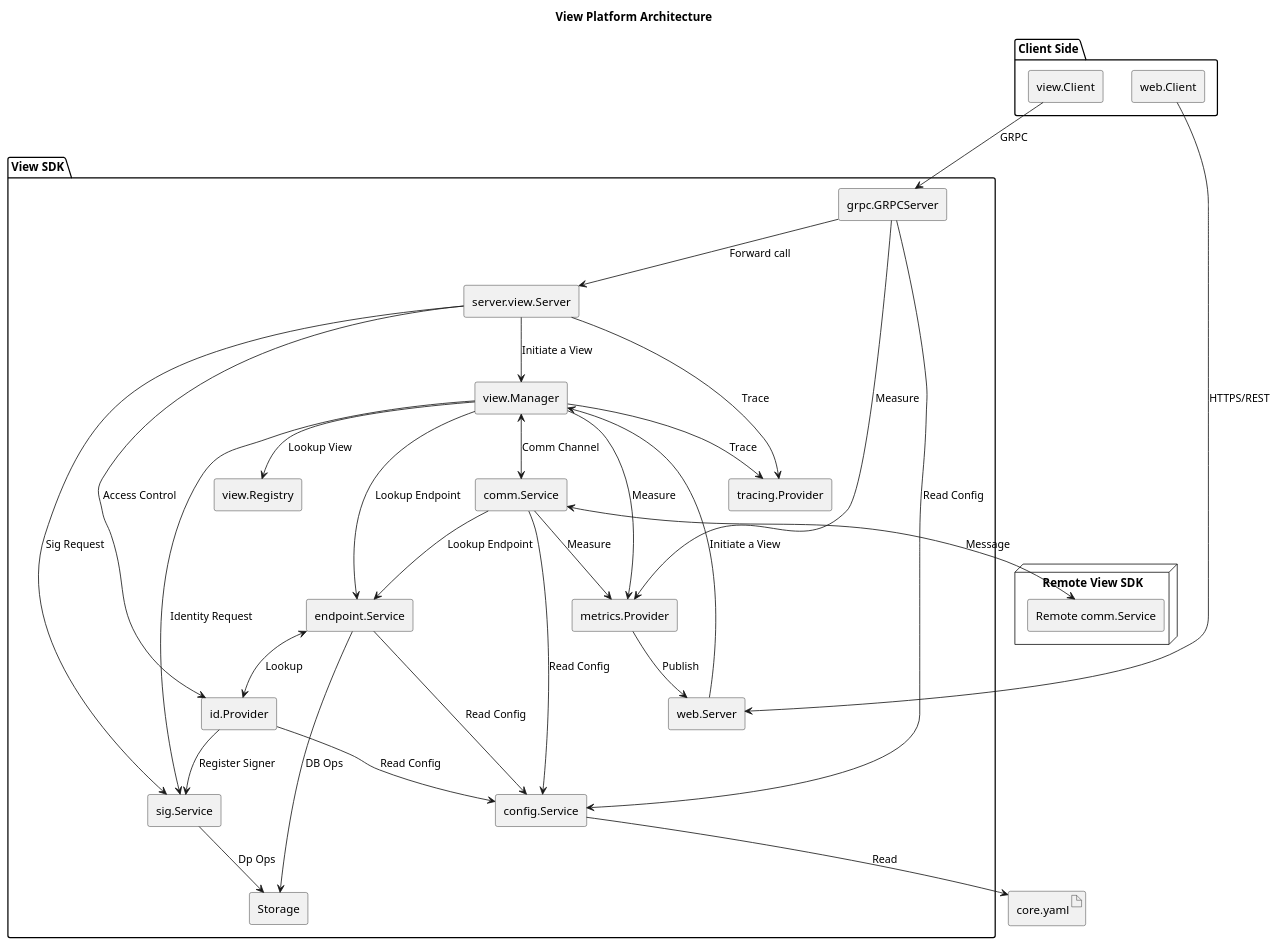
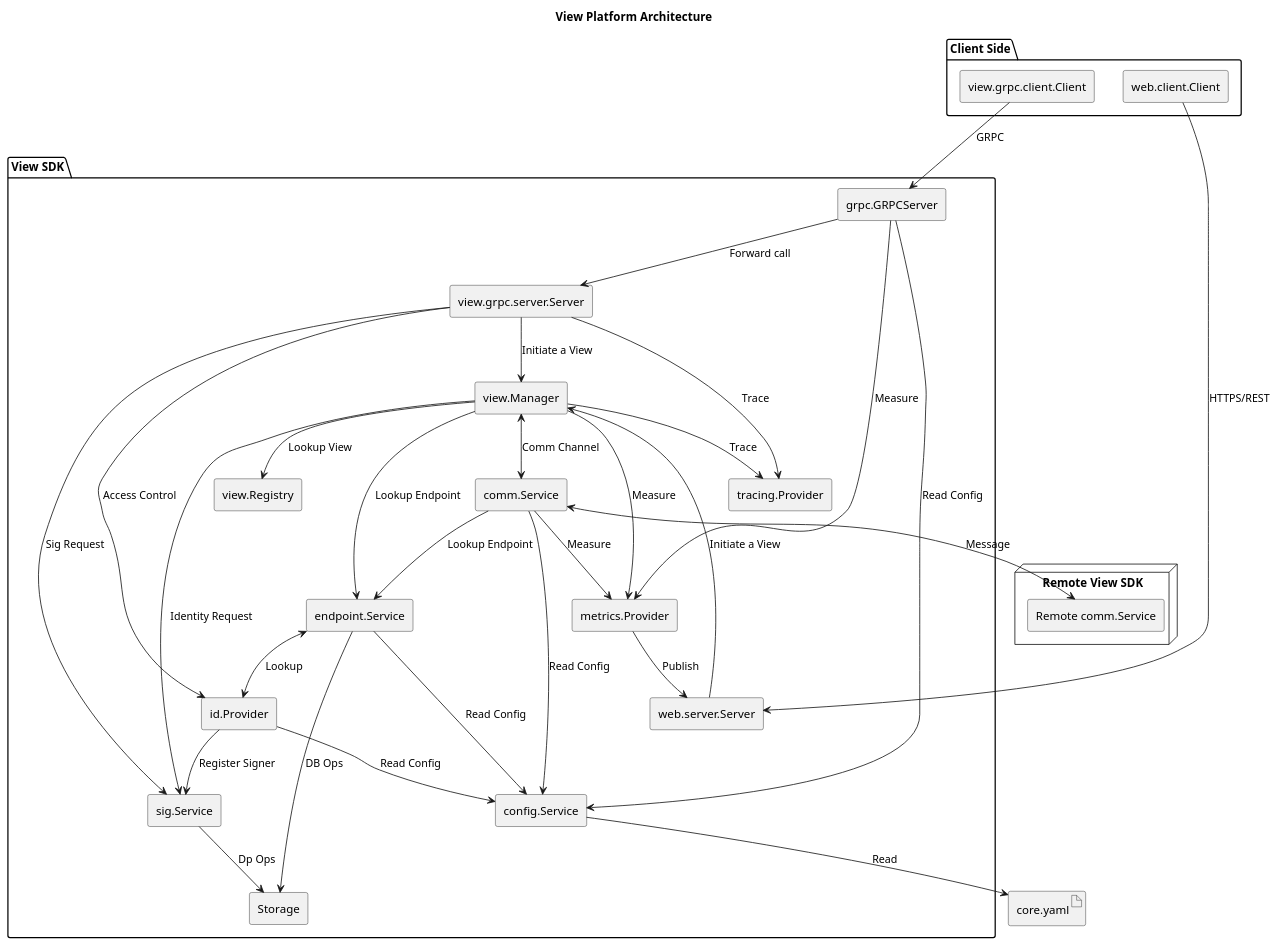
Before and after one commit to hyperledger-labs/fabric-smart-client: the diagram in docs/platform/view/uml/architecture.puml, drawn with PlantUML. The commit also changed 1 other file, not shown here.

Commit message:
diagram update

```diff
--- a/docs/platform/view/uml/architecture.puml
+++ b/docs/platform/view/uml/architecture.puml
@@ -1,59 +1,59 @@
 @startuml
 skinparam componentStyle rectangle
 
 title View Platform Architecture
 
 artifact "core.yaml" as Config
 
 package "Client Side" {
-  [view.Client]
-  [web.Client]
+  [view.grpc.client.Client]
+  [web.client.Client]
 }
 
 package "View SDK" {
-  [view.Client] --> [grpc.GRPCServer] : GRPC
-  [web.Client] --> [web.Server] : HTTPS/REST
+  [view.grpc.client.Client] --> [grpc.GRPCServer] : GRPC
+  [web.client.Client] --> [web.server.Server] : HTTPS/REST
 
-  [grpc.GRPCServer] --> [server.view.Server] : Forward call
+  [grpc.GRPCServer] --> [view.grpc.server.Server] : Forward call
   [grpc.GRPCServer] --> [config.Service] : Read Config
   [grpc.GRPCServer] --> [metrics.Provider] : Measure
 
-  [server.view.Server] --> [sig.Service] : Sig Request
-  [server.view.Server] --> [view.Manager] : Initiate a View
-  [server.view.Server] --> [id.Provider] : Access Control
-  [server.view.Server] --> [tracing.Provider] : Trace
+  [view.grpc.server.Server] --> [sig.Service] : Sig Request
+  [view.grpc.server.Server] --> [view.Manager] : Initiate a View
+  [view.grpc.server.Server] --> [id.Provider] : Access Control
+  [view.grpc.server.Server] --> [tracing.Provider] : Trace
 
-  [web.Server] --> [view.Manager] : Initiate a View
+  [web.server.Server] --> [view.Manager] : Initiate a View
 
   [view.Manager] --> [view.Registry] : Lookup View
   [view.Manager] <--> [comm.Service] : Comm Channel
   [view.Manager] --> [endpoint.Service] : Lookup Endpoint
   [view.Manager] --> [sig.Service] : Identity Request
   [view.Manager] --> [tracing.Provider] : Trace
   [view.Manager] --> [metrics.Provider] : Measure
 
   [comm.Service] --> [config.Service] : Read Config
   [comm.Service] --> [metrics.Provider] : Measure
   [comm.Service] --> [endpoint.Service] : Lookup Endpoint
 
   [endpoint.Service] --> [Storage]: DB Ops
   [endpoint.Service] --> [config.Service]: Read Config
   [endpoint.Service] <--> [id.Provider] : Lookup
 
   [sig.Service] --> [Storage] : Dp Ops
 
   [id.Provider] -->  [sig.Service] : Register Signer
   [id.Provider] --> [config.Service] : Read Config
 
   [config.Service] --> [Config] : Read
 
-  [metrics.Provider] --> [web.Server] : Publish
+  [metrics.Provider] --> [web.server.Server] : Publish
 }
 
 node "Remote View SDK" {
   [Remote comm.Service]
 }
 
 [comm.Service] <--> [Remote comm.Service] : Message
 
 @enduml
```
